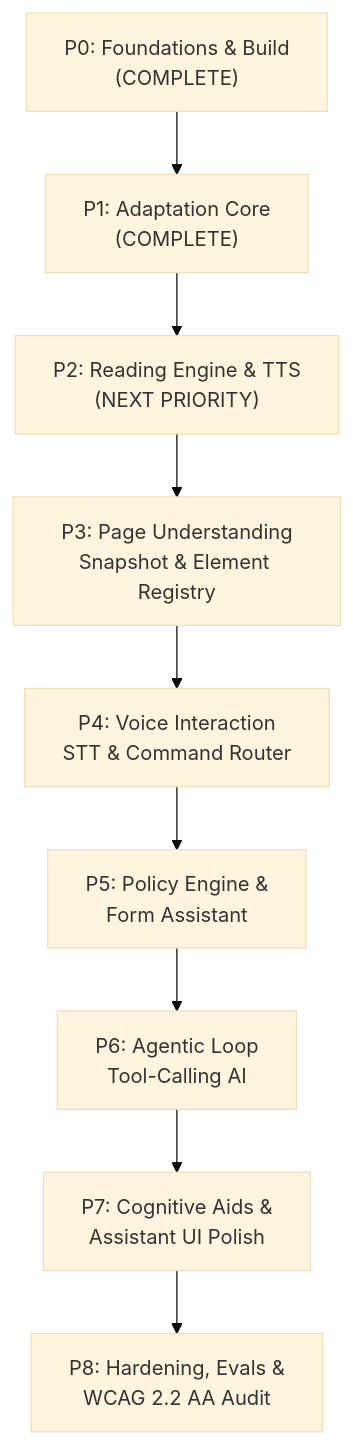
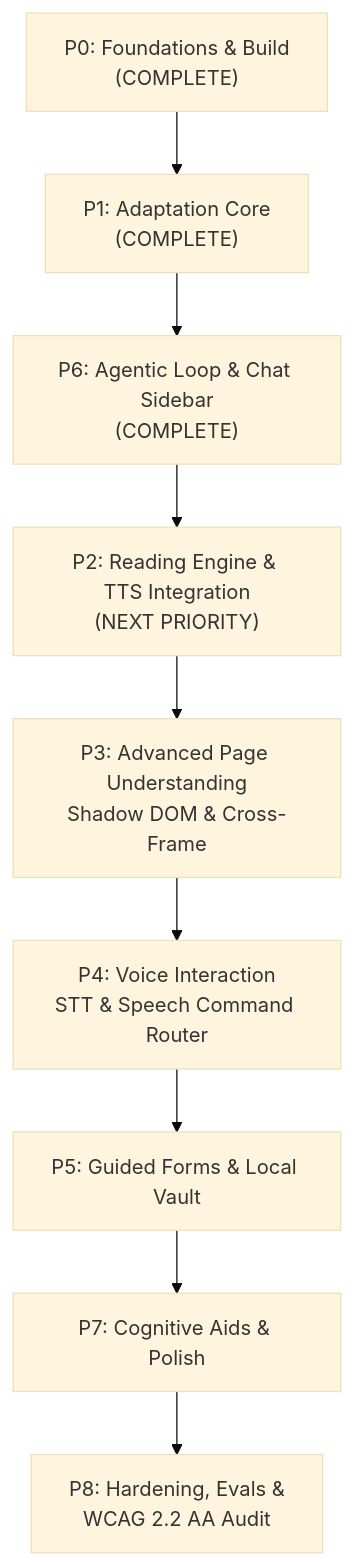
The diagram in docs/extension-implementation-plan.md (Tederash/tederash), drawn with Mermaid (base theme) before and after one commit. The commit also changed other lines of this file, not shown here.

Commit message:
docs: update implementation plan with completed AI agent loop and chat sidebar

````diff
--- a/docs/extension-implementation-plan.md
+++ b/docs/extension-implementation-plan.md
@@ -29,11 +31,11 @@
 ```mermaid
 flowchart TD
     P0["P0: Foundations & Build<br/>(COMPLETE)"] --> P1["P1: Adaptation Core<br/>(COMPLETE)"]
-    P1 --> P2["P2: Reading Engine & TTS<br/>(NEXT PRIORITY)"]
-    P2 --> P3["P3: Page Understanding<br/>Snapshot & Element Registry"]
-    P3 --> P4["P4: Voice Interaction<br/>STT & Command Router"]
-    P4 --> P5["P5: Policy Engine &<br/>Form Assistant"]
-    P5 --> P6["P6: Agentic Loop<br/>Tool-Calling AI"]
-    P6 --> P7["P7: Cognitive Aids &<br/>Assistant UI Polish"]
+    P1 --> P6["P6: Agentic Loop & Chat Sidebar<br/>(COMPLETE)"]
+    P6 --> P2["P2: Reading Engine & TTS Integration<br/>(NEXT PRIORITY)"]
+    P2 --> P3["P3: Advanced Page Understanding<br/>Shadow DOM & Cross-Frame"]
+    P3 --> P4["P4: Voice Interaction<br/>STT & Speech Command Router"]
+    P4 --> P5["P5: Guided Forms & Local Vault"]
+    P5 --> P7["P7: Cognitive Aids & Polish"]
     P7 --> P8["P8: Hardening, Evals &<br/>WCAG 2.2 AA Audit"]
 ```
````
